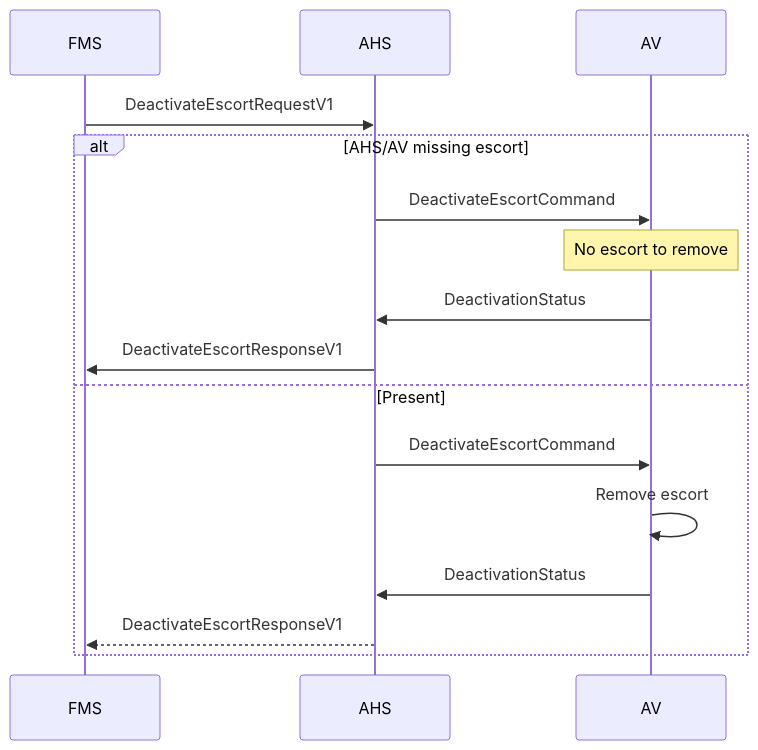
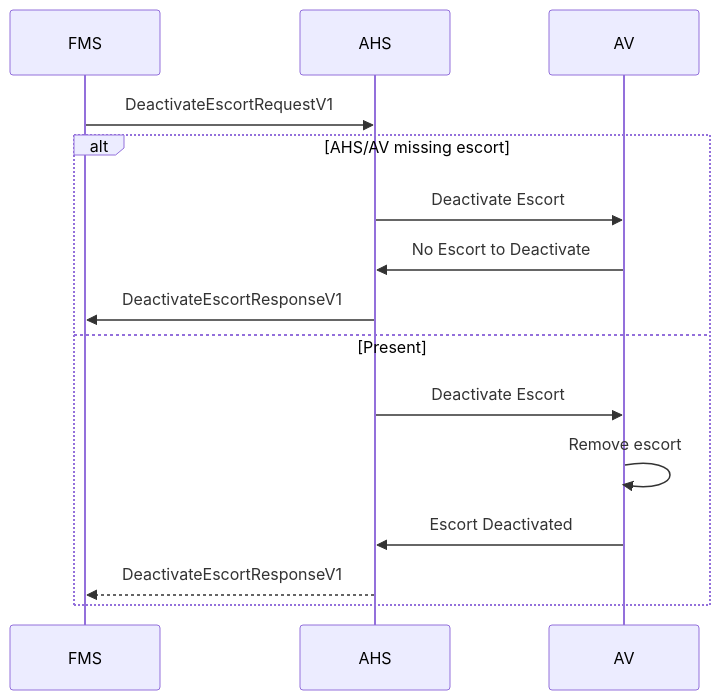
One commit to open-autonomy/escort changed the second of 2 diagrams in diagram/EscortDeactivation.md. Above: the diagram before and after it, drawn with Mermaid. The commit also changed other lines of this file, not shown here.

Commit message:
Replace DeactivationStatus between AHS and AV with generic terms

````diff
--- a/diagram/EscortDeactivation.md
+++ b/diagram/EscortDeactivation.md
@@ -44,19 +44,18 @@
 ```mermaid
 sequenceDiagram
     participant FMS
     participant AHS
     participant AV
 
     FMS->>AHS: DeactivateEscortRequestV1
     alt AHS/AV missing escort
-        AHS->>AV: DeactivateEscortCommand
-        Note over AV: No escort to remove
-        AV->>AHS: DeactivationStatus
+        AHS->>AV: Deactivate Escort
+        AV->>AHS: No Escort to Deactivate
         AHS->>FMS: DeactivateEscortResponseV1
     else Present
-        AHS->>AV: DeactivateEscortCommand
+        AHS->>AV: Deactivate Escort
         AV->>AV: Remove escort
-        AV->>AHS: DeactivationStatus
+        AV->>AHS: Escort Deactivated
         AHS-->>FMS: DeactivateEscortResponseV1
     end
 ```
````
